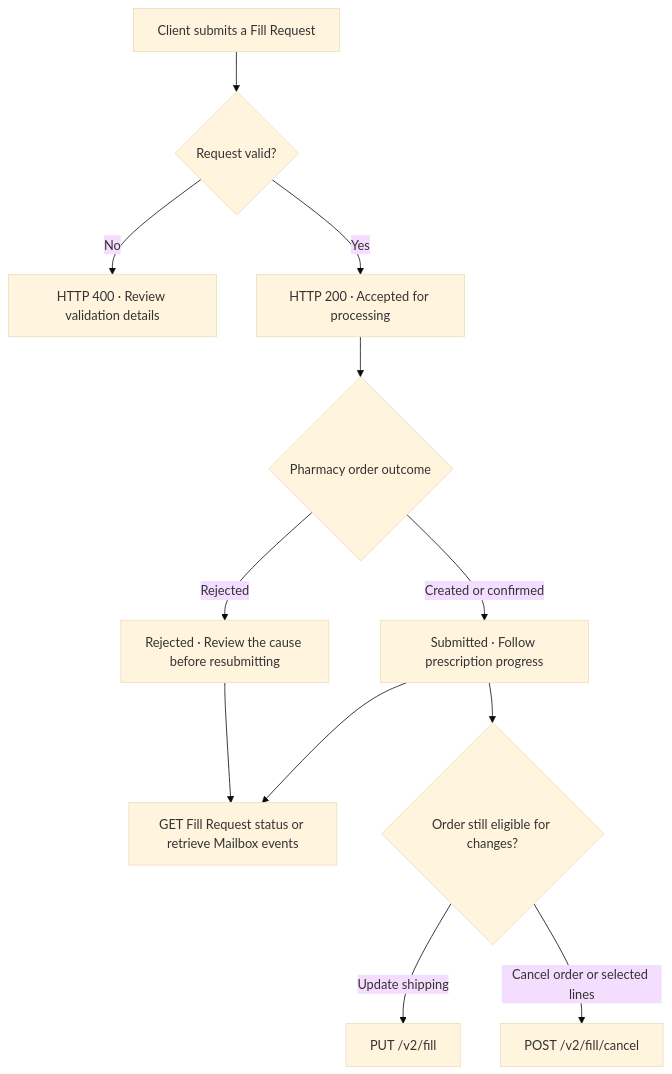
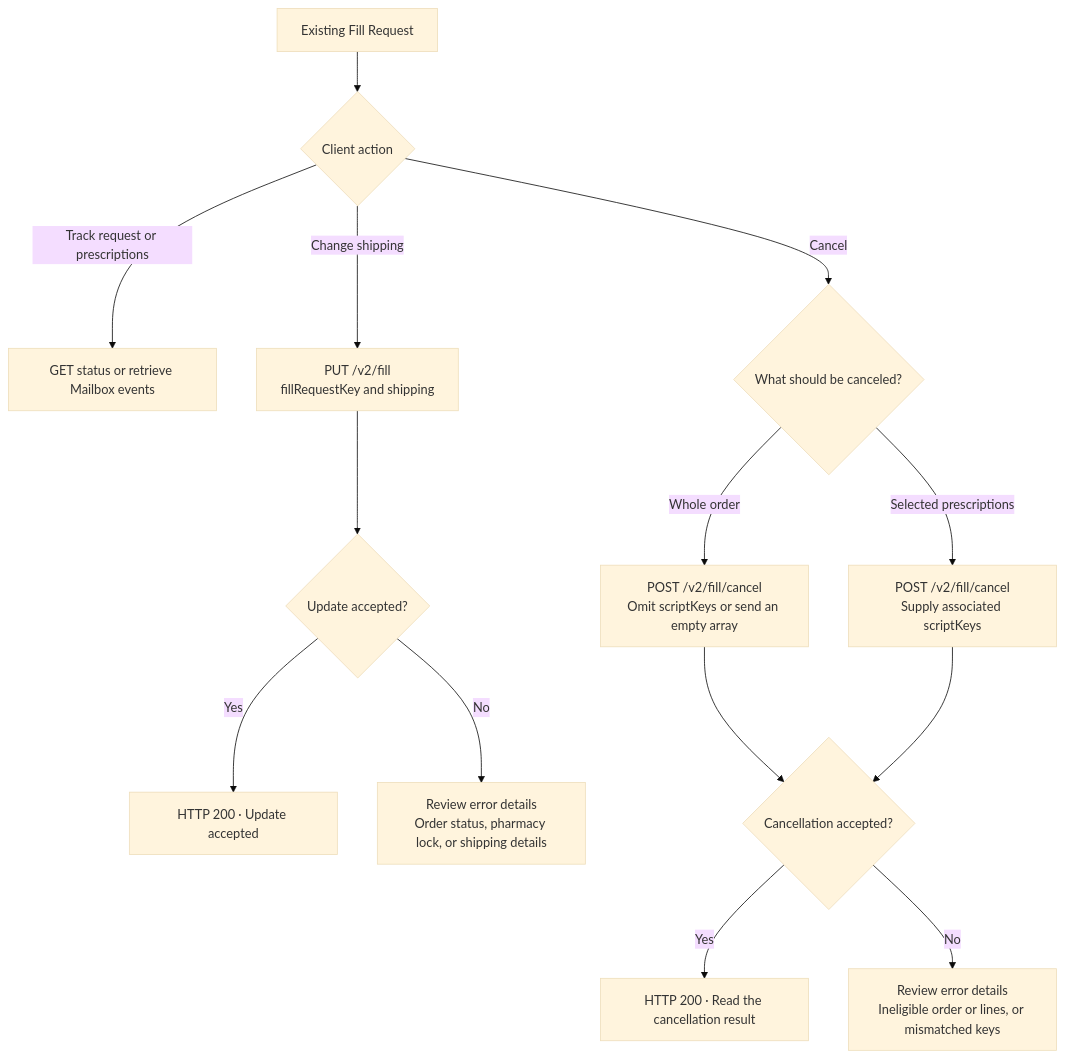
The second of 3 diagrams in docs/Documentation/workflows/fill-request.md (zlaalamiWD/readme), drawn with Mermaid (base theme) before and after one commit. The commit also changed other lines of this file, not shown here.

Commit message:
Updated "Fill Request" in docs

````diff
--- a/docs/Documentation/workflows/fill-request.md
+++ b/docs/Documentation/workflows/fill-request.md
@@ -201,14 +200,16 @@
 ```mermaid
 flowchart TD
-    A["Client submits a Fill Request"] --> B{"Request valid?"}
-    B -->|No| C["HTTP 400 · Review validation details"]
-    B -->|Yes| D["HTTP 200 · Accepted for processing"]
-    D --> E{"Pharmacy order outcome"}
-    E -->|Created or confirmed| F["Submitted · Follow prescription progress"]
-    E -->|Rejected| G["Rejected · Review the cause before resubmitting"]
-    F --> H["GET Fill Request status or retrieve Mailbox events"]
-    G --> H
-    F --> I{"Order still eligible for changes?"}
-    I -->|Update shipping| J["PUT /v2/fill"]
-    I -->|Cancel order or selected lines| K["POST /v2/fill/cancel"]
+    A["Existing Fill Request"] --> B{"Client action"}
+    B -->|Track request or prescriptions| C["GET status or retrieve Mailbox events"]
+    B -->|Change shipping| D["PUT /v2/fill<br/>fillRequestKey and shipping"]
+    B -->|Cancel| E{"What should be canceled?"}
+    E -->|Whole order| F["POST /v2/fill/cancel<br/>Omit scriptKeys or send an empty array"]
+    E -->|Selected prescriptions| G["POST /v2/fill/cancel<br/>Supply associated scriptKeys"]
+    D --> H{"Update accepted?"}
+    H -->|Yes| I["HTTP 200 · Update accepted"]
+    H -->|No| J["Review error details<br/>Order status, pharmacy lock, or shipping details"]
+    F --> K{"Cancellation accepted?"}
+    G --> K
+    K -->|Yes| L["HTTP 200 · Read the cancellation result"]
+    K -->|No| M["Review error details<br/>Ineligible order or lines, or mismatched keys"]
 ```
````
